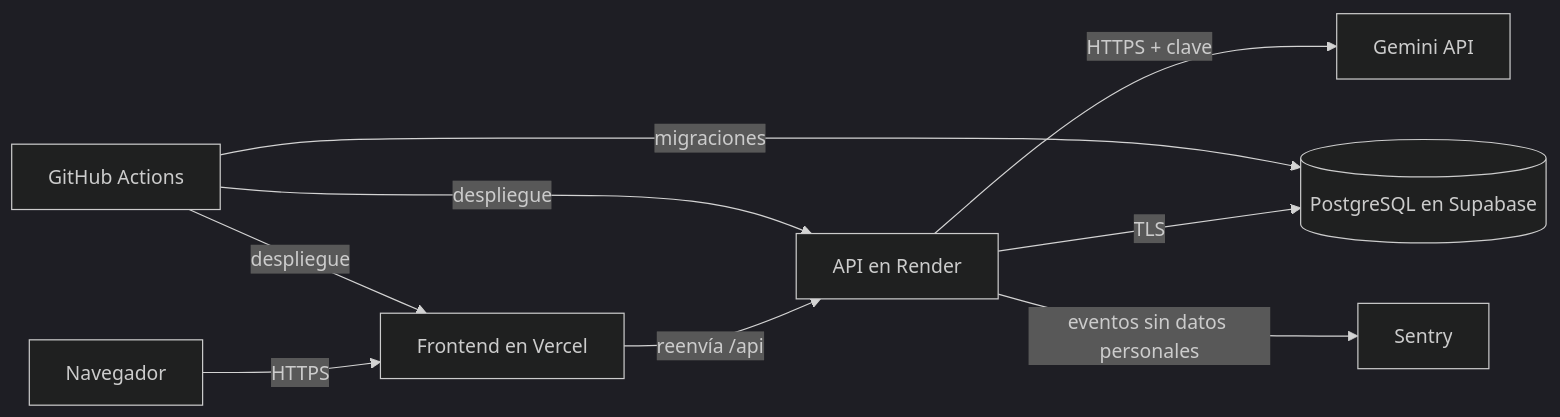
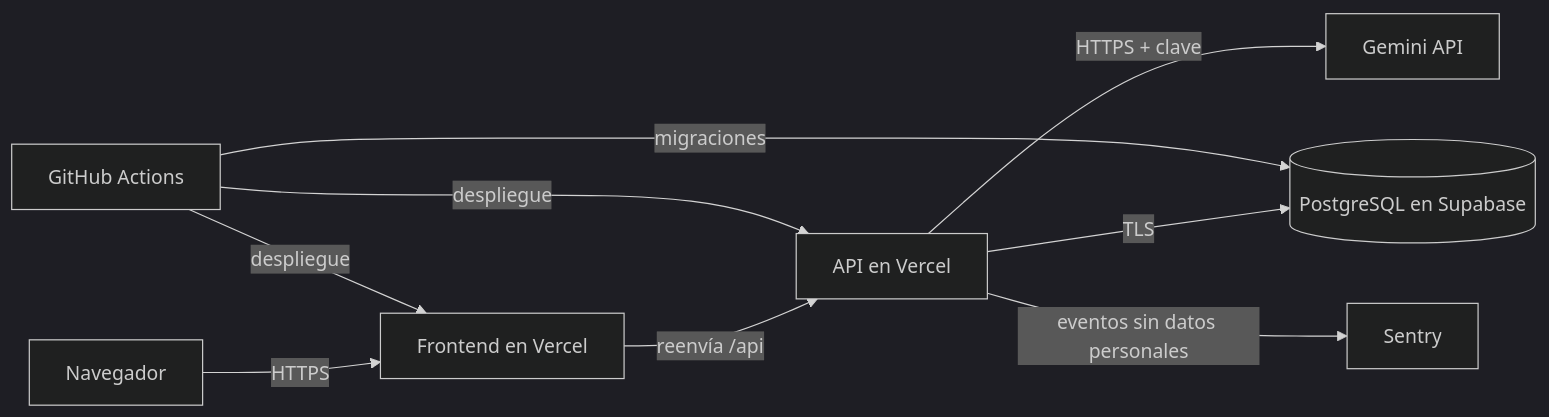
One commit to JuanjoOrtiz/DevPilotIA changed the diagram in docs/threat-model.md. Above: the diagram before and after it, drawn with Mermaid (dark theme). The commit also changed other lines of this file and 25 other files, not shown here.

Commit message:
feat(api): deploy the API to Vercel as a function

````diff
--- a/docs/threat-model.md
+++ b/docs/threat-model.md
@@ -33,11 +33,11 @@
 ```mermaid
 flowchart LR
   B[Navegador] -- HTTPS --> W[Frontend en Vercel]
-  W -- reenvía /api --> A[API en Render]
+  W -- reenvía /api --> A[API en Vercel]
   A -- TLS --> D[(PostgreSQL en Supabase)]
   A -- HTTPS + clave --> L[Gemini API]
   A -- eventos sin datos personales --> S[Sentry]
   G[GitHub Actions] -- despliegue --> W
   G -- despliegue --> A
   G -- migraciones --> D
 ```
````
